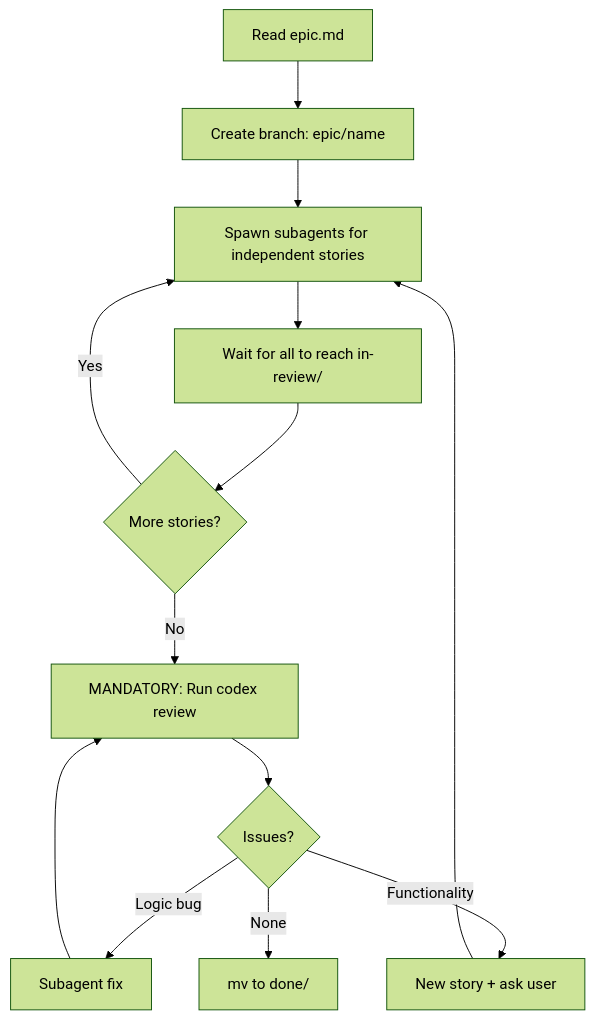
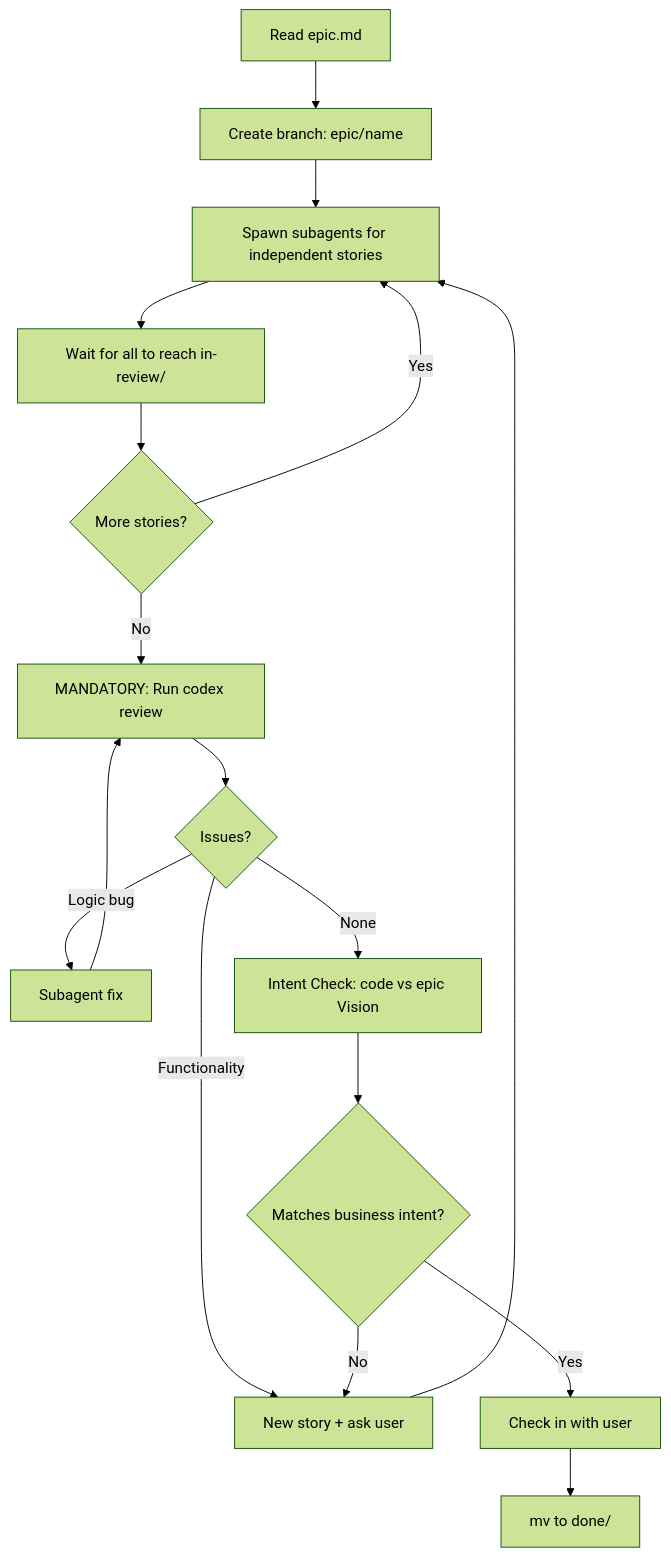
The diagram in phases/epic-workspace.md (brysontang/domino), drawn with Mermaid (forest theme) before and after one commit. The commit also changed other lines of this file and 3 other files, not shown here.

First line of the commit message:
Add intent check and pin Codex CLI command

````diff
--- a/phases/epic-workspace.md
+++ b/phases/epic-workspace.md
@@ -5,13 +5,17 @@
 ```mermaid
 flowchart TD
     Start[Read epic.md] --> Branch[Create branch: epic/name]
     Branch --> Spawn[Spawn subagents for independent stories]
     Spawn --> Wait[Wait for all to reach in-review/]
     Wait --> More{More stories?}
     More -->|Yes| Spawn
     More -->|No| Codex[MANDATORY: Run codex review]
     Codex --> Issues{Issues?}
     Issues -->|Logic bug| Fix[Subagent fix] --> Codex
     Issues -->|Functionality| Story[New story + ask user] --> Spawn
-    Issues -->|None| Done[mv to done/]
+    Issues -->|None| Intent[Intent Check: code vs epic Vision]
+    Intent --> Drift{Matches business intent?}
+    Drift -->|No| Story
+    Drift -->|Yes| User[Check in with user]
+    User --> Done[mv to done/]
 ```
````
